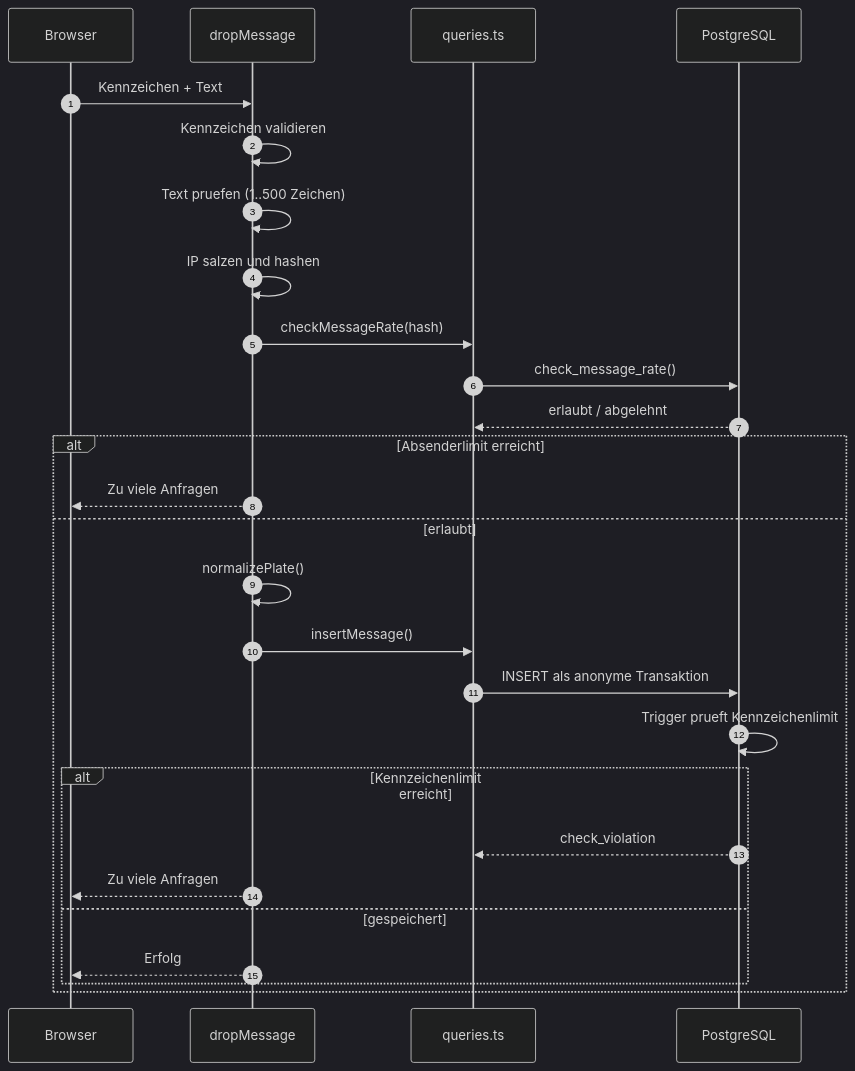
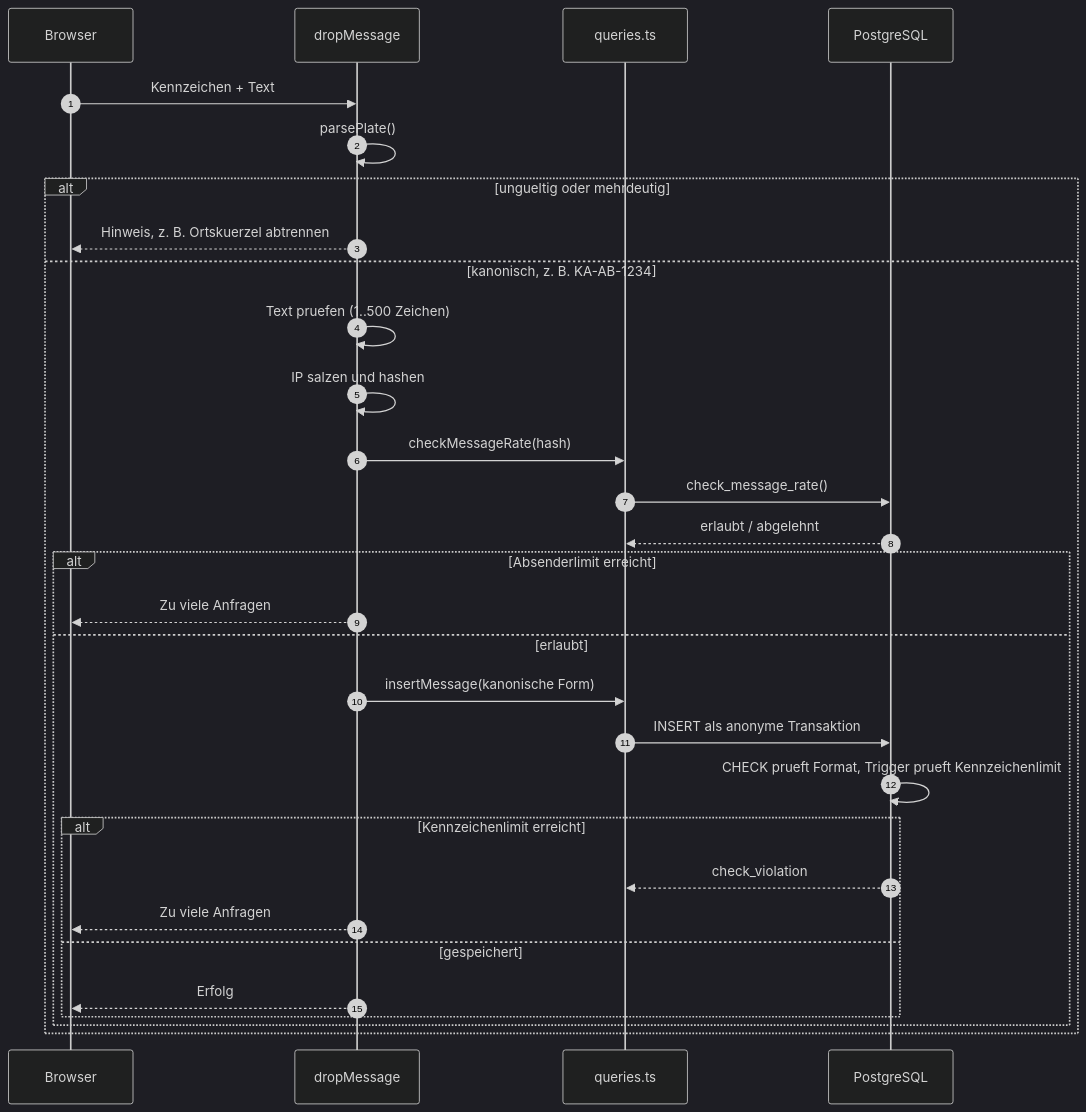
Before and after one commit to mariushuck/PlateDrop: the fourth of 8 diagrams in docs/architecture.md, drawn with Mermaid (dark theme). The commit also changed other lines of this file and 1 other file, not shown here.

Commit message:
docs: align architecture and admin guide with plate format and read window
- message sequence diagram uses parsePlate with the ambiguous/invalid
  branch and the format CHECK instead of normalizePlate
- data export, admin approval and GDPR deletion note the 30-day read
  window; the deletion trade-off now describes what a later claimant
  can actually still read
- test strategy lists the better-auth hardening test, the 0008 legacy
  conversion and the mutation checks run for window and format CHECK
- troubleshooting row for being signed out everywhere after a reset

````diff
--- a/docs/architecture.md
+++ b/docs/architecture.md
@@ -426,30 +426,33 @@
 ```mermaid
 sequenceDiagram
     autonumber
     participant B as Browser
     participant A as dropMessage
     participant Q as queries.ts
     participant DB as PostgreSQL
 
     B->>A: Kennzeichen + Text
-    A->>A: Kennzeichen validieren
-    A->>A: Text pruefen (1..500 Zeichen)
-    A->>A: IP salzen und hashen
-    A->>Q: checkMessageRate(hash)
-    Q->>DB: check_message_rate()
-    DB-->>Q: erlaubt / abgelehnt
-    alt Absenderlimit erreicht
-        A-->>B: Zu viele Anfragen
-    else erlaubt
-        A->>A: normalizePlate()
-        A->>Q: insertMessage()
-        Q->>DB: INSERT als anonyme Transaktion
-        DB->>DB: Trigger prueft Kennzeichenlimit
-        alt Kennzeichenlimit erreicht
-            DB-->>Q: check_violation
+    A->>A: parsePlate()
+    alt ungueltig oder mehrdeutig
+        A-->>B: Hinweis, z. B. Ortskuerzel abtrennen
+    else kanonisch, z. B. KA-AB-1234
+        A->>A: Text pruefen (1..500 Zeichen)
+        A->>A: IP salzen und hashen
+        A->>Q: checkMessageRate(hash)
+        Q->>DB: check_message_rate()
+        DB-->>Q: erlaubt / abgelehnt
+        alt Absenderlimit erreicht
             A-->>B: Zu viele Anfragen
-        else gespeichert
-            A-->>B: Erfolg
+        else erlaubt
+            A->>Q: insertMessage(kanonische Form)
+            Q->>DB: INSERT als anonyme Transaktion
+            DB->>DB: CHECK prueft Format, Trigger prueft Kennzeichenlimit
+            alt Kennzeichenlimit erreicht
+                DB-->>Q: check_violation
+                A-->>B: Zu viele Anfragen
+            else gespeichert
+                A-->>B: Erfolg
+            end
         end
     end
 ```
````
